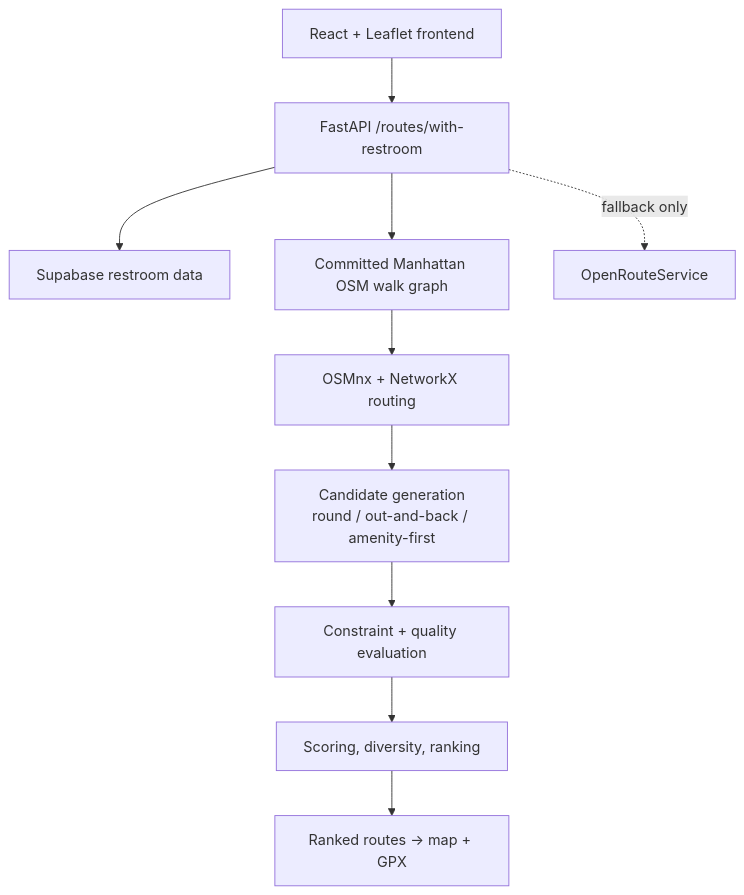
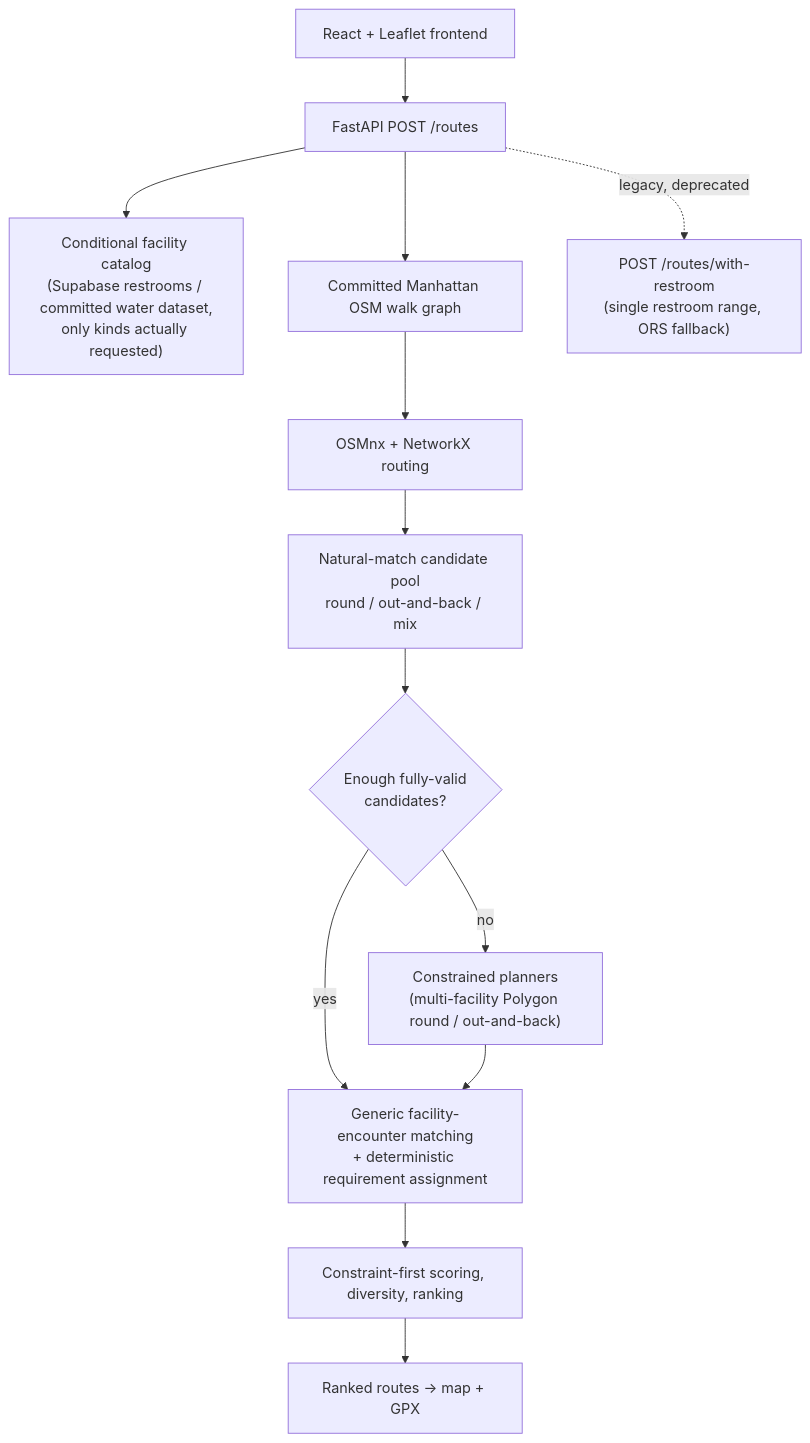
The diagram in README.md (Oryag910/Aware-Route), drawn with Mermaid before and after one commit. The commit also changed other lines of this file and 2 other files, not shown here.

First line of the commit message:
docs(readme): update for generic multi-facility routing + PR#17 deployment (Phase 8)

````diff
--- a/README.md
+++ b/README.md
@@ -24,12 +24,15 @@
 ```mermaid
 graph TD
-    A[React + Leaflet frontend] --> B["FastAPI /routes/with-restroom"]
-    B --> C[Supabase restroom data]
+    A[React + Leaflet frontend] --> B["FastAPI POST /routes"]
+    B --> C["Conditional facility catalog<br/>(Supabase restrooms / committed water dataset,<br/>only kinds actually requested)"]
     B --> D[Committed Manhattan OSM walk graph]
     D --> E[OSMnx + NetworkX routing]
-    E --> F["Candidate generation<br/>round / out-and-back / amenity-first"]
-    F --> G[Constraint + quality evaluation]
-    G --> H[Scoring, diversity, ranking]
-    H --> I[Ranked routes → map + GPX]
-    B -.fallback only.-> J[OpenRouteService]
+    E --> F["Natural-match candidate pool<br/>round / out-and-back / mix"]
+    F --> G{"Enough fully-valid<br/>candidates?"}
+    G -- no --> H["Constrained planners<br/>(multi-facility Polygon round / out-and-back)"]
+    G -- yes --> I
+    H --> I["Generic facility-encounter matching<br/>+ deterministic requirement assignment"]
+    I --> J[Constraint-first scoring, diversity, ranking]
+    J --> K[Ranked routes → map + GPX]
+    B -.legacy, deprecated.-> L["POST /routes/with-restroom<br/>(single restroom range, ORS fallback)"]
 ```
````
